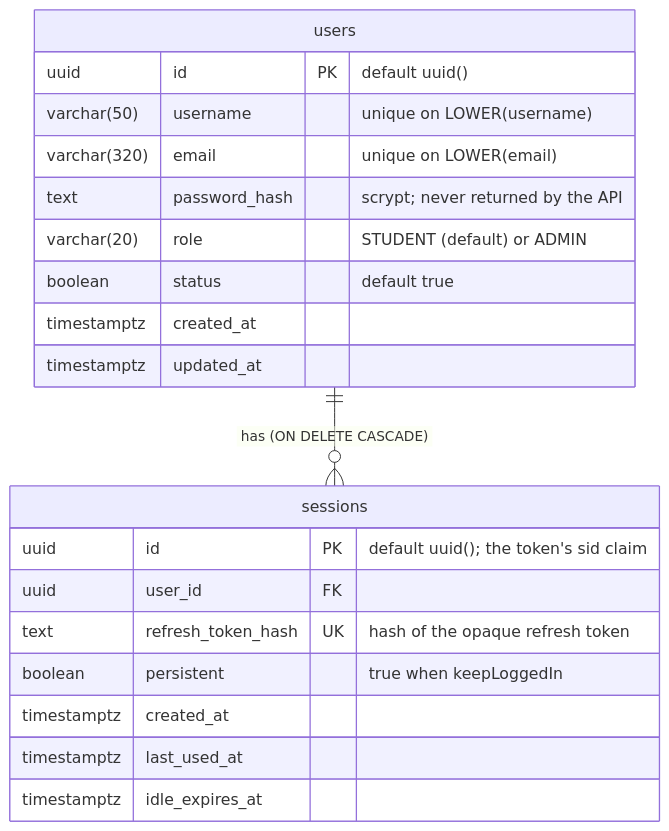
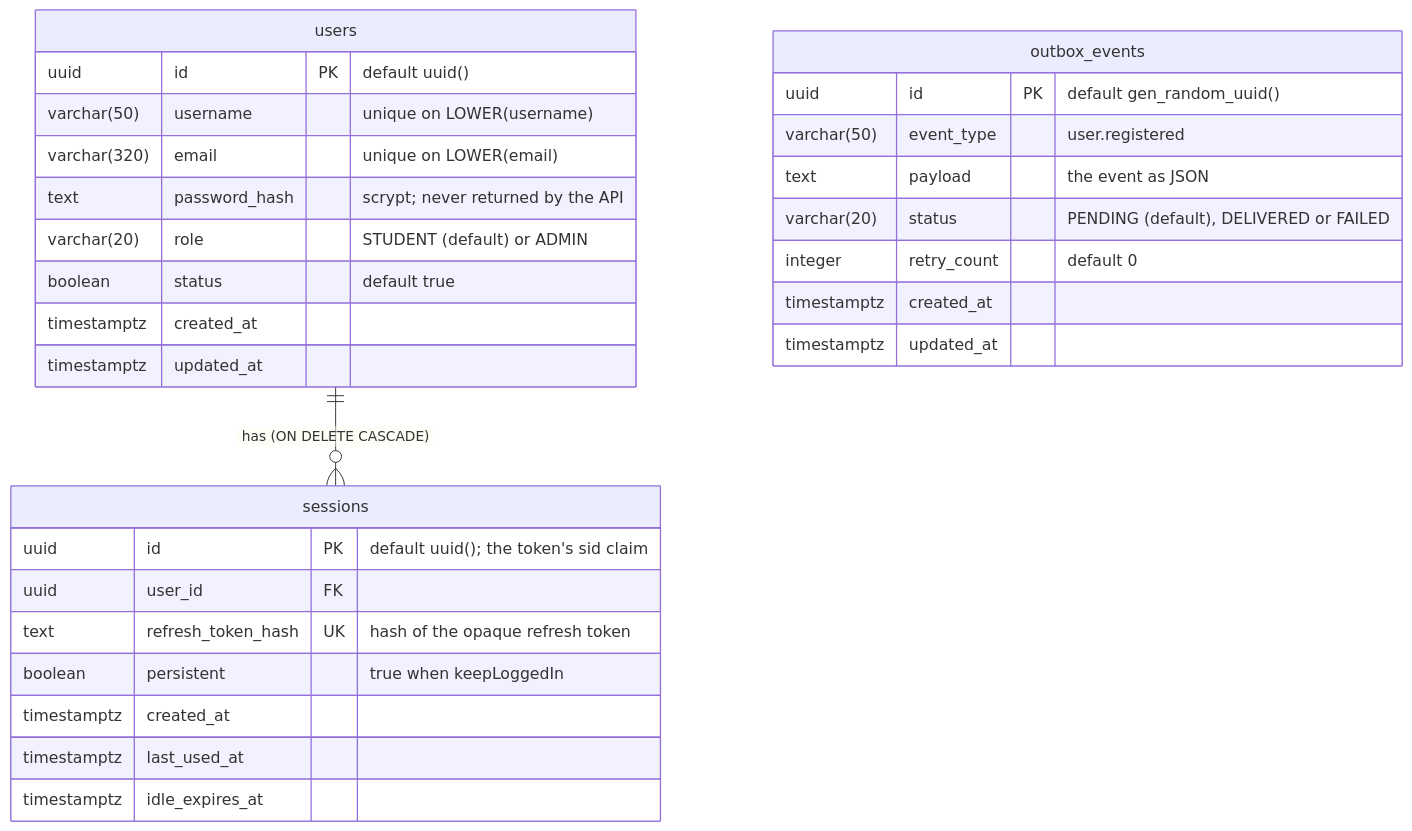
The diagram in docs/diagrams/user-schema.md (AY2627S1-CS3219-P25/friend-on-campus), drawn with Mermaid before and after one commit. The commit also changed other lines of this file and 7 other files, not shown here.

First line of the commit message:
docs: where the databases run and how to open them; notification ER diagram; outbox table in the user schema

````diff
--- a/docs/diagrams/user-schema.md
+++ b/docs/diagrams/user-schema.md
@@ -22,25 +28,35 @@
 ```mermaid
 erDiagram
   users ||--o{ sessions : "has (ON DELETE CASCADE)"
 
   users {
     uuid id PK "default uuid()"
     varchar(50) username "unique on LOWER(username)"
     varchar(320) email "unique on LOWER(email)"
     text password_hash "scrypt; never returned by the API"
     varchar(20) role "STUDENT (default) or ADMIN"
     boolean status "default true"
     timestamptz created_at
     timestamptz updated_at
   }
 
   sessions {
     uuid id PK "default uuid(); the token's sid claim"
     uuid user_id FK
     text refresh_token_hash UK "hash of the opaque refresh token"
     boolean persistent "true when keepLoggedIn"
     timestamptz created_at
     timestamptz last_used_at
     timestamptz idle_expires_at
   }
+
+  outbox_events {
+    uuid id PK "default gen_random_uuid()"
+    varchar(50) event_type "user.registered"
+    text payload "the event as JSON"
+    varchar(20) status "PENDING (default), DELIVERED or FAILED"
+    integer retry_count "default 0"
+    timestamptz created_at
+    timestamptz updated_at
+  }
 ```
````
